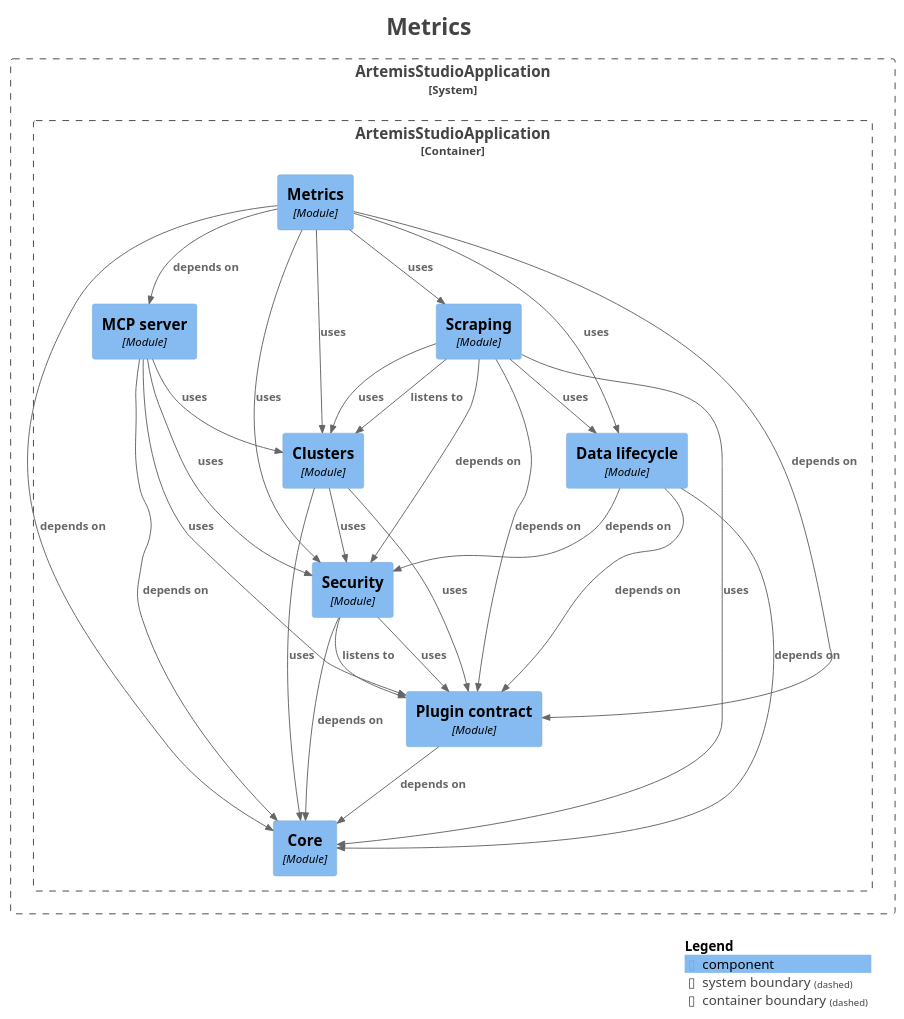
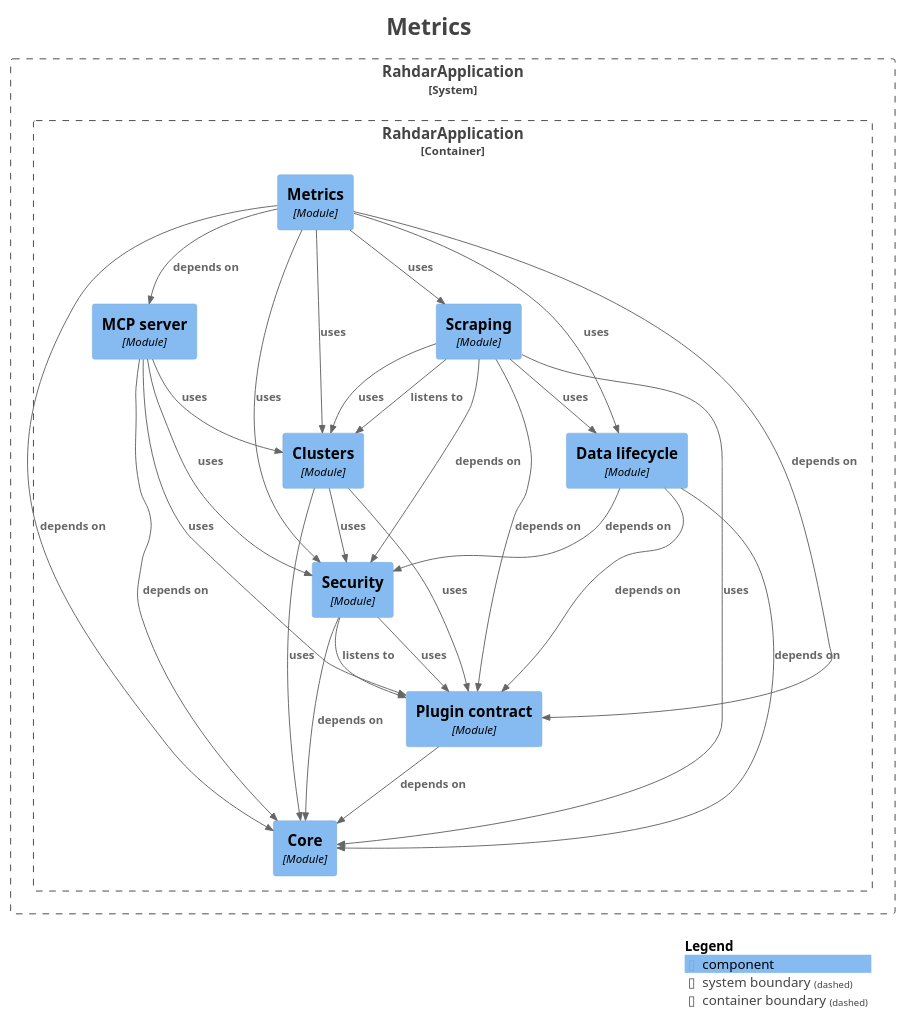
The diagram in docs/modules/module-feature.metrics.puml (sudoitir/artemis-studio), drawn with PlantUML before and after one commit. The commit also changed 4323 other files, not shown here.

```diff
--- a/docs/modules/module-feature.metrics.puml
+++ b/docs/modules/module-feature.metrics.puml
@@ -1,62 +1,62 @@
 @startuml
 title <size:24>Metrics</size>
 
 set separator none
 top to bottom direction
 
 <style>
   root {
     BackgroundColor: #ffffff
     FontColor: #444444
   }
 </style>
 
 !include <C4/C4>
 !include <C4/C4_Context>
 !include <C4/C4_Component>
 
-System_Boundary("ArtemisStudioApplication_boundary", "ArtemisStudioApplication", $tags="") {
-  Container_Boundary("ArtemisStudioApplication.ArtemisStudioApplication_boundary", "ArtemisStudioApplication", $tags="") {
-    Component(ArtemisStudioApplication.ArtemisStudioApplication.Clusters, "Clusters", $techn="Module", $descr="", $tags="", $link="")
-    Component(ArtemisStudioApplication.ArtemisStudioApplication.Core, "Core", $techn="Module", $descr="", $tags="", $link="")
-    Component(ArtemisStudioApplication.ArtemisStudioApplication.Datalifecycle, "Data lifecycle", $techn="Module", $descr="", $tags="", $link="")
-    Component(ArtemisStudioApplication.ArtemisStudioApplication.MCPserver, "MCP server", $techn="Module", $descr="", $tags="", $link="")
-    Component(ArtemisStudioApplication.ArtemisStudioApplication.Metrics, "Metrics", $techn="Module", $descr="", $tags="", $link="")
-    Component(ArtemisStudioApplication.ArtemisStudioApplication.Plugincontract, "Plugin contract", $techn="Module", $descr="", $tags="", $link="")
-    Component(ArtemisStudioApplication.ArtemisStudioApplication.Scraping, "Scraping", $techn="Module", $descr="", $tags="", $link="")
-    Component(ArtemisStudioApplication.ArtemisStudioApplication.Security, "Security", $techn="Module", $descr="", $tags="", $link="")
+System_Boundary("RahdarApplication_boundary", "RahdarApplication", $tags="") {
+  Container_Boundary("RahdarApplication.RahdarApplication_boundary", "RahdarApplication", $tags="") {
+    Component(RahdarApplication.RahdarApplication.Clusters, "Clusters", $techn="Module", $descr="", $tags="", $link="")
+    Component(RahdarApplication.RahdarApplication.Core, "Core", $techn="Module", $descr="", $tags="", $link="")
+    Component(RahdarApplication.RahdarApplication.Datalifecycle, "Data lifecycle", $techn="Module", $descr="", $tags="", $link="")
+    Component(RahdarApplication.RahdarApplication.MCPserver, "MCP server", $techn="Module", $descr="", $tags="", $link="")
+    Component(RahdarApplication.RahdarApplication.Metrics, "Metrics", $techn="Module", $descr="", $tags="", $link="")
+    Component(RahdarApplication.RahdarApplication.Plugincontract, "Plugin contract", $techn="Module", $descr="", $tags="", $link="")
+    Component(RahdarApplication.RahdarApplication.Scraping, "Scraping", $techn="Module", $descr="", $tags="", $link="")
+    Component(RahdarApplication.RahdarApplication.Security, "Security", $techn="Module", $descr="", $tags="", $link="")
   }
 
 }
 
-Rel(ArtemisStudioApplication.ArtemisStudioApplication.Clusters, ArtemisStudioApplication.ArtemisStudioApplication.Core, "uses", $techn="", $tags="", $link="")
-Rel(ArtemisStudioApplication.ArtemisStudioApplication.Clusters, ArtemisStudioApplication.ArtemisStudioApplication.Plugincontract, "uses", $techn="", $tags="", $link="")
-Rel(ArtemisStudioApplication.ArtemisStudioApplication.Clusters, ArtemisStudioApplication.ArtemisStudioApplication.Security, "uses", $techn="", $tags="", $link="")
-Rel(ArtemisStudioApplication.ArtemisStudioApplication.Datalifecycle, ArtemisStudioApplication.ArtemisStudioApplication.Core, "depends on", $techn="", $tags="", $link="")
-Rel(ArtemisStudioApplication.ArtemisStudioApplication.Datalifecycle, ArtemisStudioApplication.ArtemisStudioApplication.Plugincontract, "depends on", $techn="", $tags="", $link="")
-Rel(ArtemisStudioApplication.ArtemisStudioApplication.Datalifecycle, ArtemisStudioApplication.ArtemisStudioApplication.Security, "depends on", $techn="", $tags="", $link="")
-Rel(ArtemisStudioApplication.ArtemisStudioApplication.MCPserver, ArtemisStudioApplication.ArtemisStudioApplication.Clusters, "uses", $techn="", $tags="", $link="")
-Rel(ArtemisStudioApplication.ArtemisStudioApplication.MCPserver, ArtemisStudioApplication.ArtemisStudioApplication.Core, "depends on", $techn="", $tags="", $link="")
-Rel(ArtemisStudioApplication.ArtemisStudioApplication.MCPserver, ArtemisStudioApplication.ArtemisStudioApplication.Plugincontract, "uses", $techn="", $tags="", $link="")
-Rel(ArtemisStudioApplication.ArtemisStudioApplication.MCPserver, ArtemisStudioApplication.ArtemisStudioApplication.Security, "uses", $techn="", $tags="", $link="")
-Rel(ArtemisStudioApplication.ArtemisStudioApplication.Metrics, ArtemisStudioApplication.ArtemisStudioApplication.Clusters, "uses", $techn="", $tags="", $link="")
-Rel(ArtemisStudioApplication.ArtemisStudioApplication.Metrics, ArtemisStudioApplication.ArtemisStudioApplication.Core, "depends on", $techn="", $tags="", $link="")
-Rel(ArtemisStudioApplication.ArtemisStudioApplication.Metrics, ArtemisStudioApplication.ArtemisStudioApplication.Datalifecycle, "uses", $techn="", $tags="", $link="")
-Rel(ArtemisStudioApplication.ArtemisStudioApplication.Metrics, ArtemisStudioApplication.ArtemisStudioApplication.MCPserver, "depends on", $techn="", $tags="", $link="")
-Rel(ArtemisStudioApplication.ArtemisStudioApplication.Metrics, ArtemisStudioApplication.ArtemisStudioApplication.Plugincontract, "depends on", $techn="", $tags="", $link="")
-Rel(ArtemisStudioApplication.ArtemisStudioApplication.Metrics, ArtemisStudioApplication.ArtemisStudioApplication.Scraping, "uses", $techn="", $tags="", $link="")
-Rel(ArtemisStudioApplication.ArtemisStudioApplication.Metrics, ArtemisStudioApplication.ArtemisStudioApplication.Security, "uses", $techn="", $tags="", $link="")
-Rel(ArtemisStudioApplication.ArtemisStudioApplication.Plugincontract, ArtemisStudioApplication.ArtemisStudioApplication.Core, "depends on", $techn="", $tags="", $link="")
-Rel(ArtemisStudioApplication.ArtemisStudioApplication.Scraping, ArtemisStudioApplication.ArtemisStudioApplication.Clusters, "listens to", $techn="", $tags="", $link="")
-Rel(ArtemisStudioApplication.ArtemisStudioApplication.Scraping, ArtemisStudioApplication.ArtemisStudioApplication.Clusters, "uses", $techn="", $tags="", $link="")
-Rel(ArtemisStudioApplication.ArtemisStudioApplication.Scraping, ArtemisStudioApplication.ArtemisStudioApplication.Core, "uses", $techn="", $tags="", $link="")
-Rel(ArtemisStudioApplication.ArtemisStudioApplication.Scraping, ArtemisStudioApplication.ArtemisStudioApplication.Datalifecycle, "uses", $techn="", $tags="", $link="")
-Rel(ArtemisStudioApplication.ArtemisStudioApplication.Scraping, ArtemisStudioApplication.ArtemisStudioApplication.Plugincontract, "depends on", $techn="", $tags="", $link="")
-Rel(ArtemisStudioApplication.ArtemisStudioApplication.Scraping, ArtemisStudioApplication.ArtemisStudioApplication.Security, "depends on", $techn="", $tags="", $link="")
-Rel(ArtemisStudioApplication.ArtemisStudioApplication.Security, ArtemisStudioApplication.ArtemisStudioApplication.Core, "depends on", $techn="", $tags="", $link="")
-Rel(ArtemisStudioApplication.ArtemisStudioApplication.Security, ArtemisStudioApplication.ArtemisStudioApplication.Plugincontract, "listens to", $techn="", $tags="", $link="")
-Rel(ArtemisStudioApplication.ArtemisStudioApplication.Security, ArtemisStudioApplication.ArtemisStudioApplication.Plugincontract, "uses", $techn="", $tags="", $link="")
+Rel(RahdarApplication.RahdarApplication.Clusters, RahdarApplication.RahdarApplication.Core, "uses", $techn="", $tags="", $link="")
+Rel(RahdarApplication.RahdarApplication.Clusters, RahdarApplication.RahdarApplication.Plugincontract, "uses", $techn="", $tags="", $link="")
+Rel(RahdarApplication.RahdarApplication.Clusters, RahdarApplication.RahdarApplication.Security, "uses", $techn="", $tags="", $link="")
+Rel(RahdarApplication.RahdarApplication.Datalifecycle, RahdarApplication.RahdarApplication.Core, "depends on", $techn="", $tags="", $link="")
+Rel(RahdarApplication.RahdarApplication.Datalifecycle, RahdarApplication.RahdarApplication.Plugincontract, "depends on", $techn="", $tags="", $link="")
+Rel(RahdarApplication.RahdarApplication.Datalifecycle, RahdarApplication.RahdarApplication.Security, "depends on", $techn="", $tags="", $link="")
+Rel(RahdarApplication.RahdarApplication.MCPserver, RahdarApplication.RahdarApplication.Clusters, "uses", $techn="", $tags="", $link="")
+Rel(RahdarApplication.RahdarApplication.MCPserver, RahdarApplication.RahdarApplication.Core, "depends on", $techn="", $tags="", $link="")
+Rel(RahdarApplication.RahdarApplication.MCPserver, RahdarApplication.RahdarApplication.Plugincontract, "uses", $techn="", $tags="", $link="")
+Rel(RahdarApplication.RahdarApplication.MCPserver, RahdarApplication.RahdarApplication.Security, "uses", $techn="", $tags="", $link="")
+Rel(RahdarApplication.RahdarApplication.Metrics, RahdarApplication.RahdarApplication.Clusters, "uses", $techn="", $tags="", $link="")
+Rel(RahdarApplication.RahdarApplication.Metrics, RahdarApplication.RahdarApplication.Core, "depends on", $techn="", $tags="", $link="")
+Rel(RahdarApplication.RahdarApplication.Metrics, RahdarApplication.RahdarApplication.Datalifecycle, "uses", $techn="", $tags="", $link="")
+Rel(RahdarApplication.RahdarApplication.Metrics, RahdarApplication.RahdarApplication.MCPserver, "depends on", $techn="", $tags="", $link="")
+Rel(RahdarApplication.RahdarApplication.Metrics, RahdarApplication.RahdarApplication.Plugincontract, "depends on", $techn="", $tags="", $link="")
+Rel(RahdarApplication.RahdarApplication.Metrics, RahdarApplication.RahdarApplication.Scraping, "uses", $techn="", $tags="", $link="")
+Rel(RahdarApplication.RahdarApplication.Metrics, RahdarApplication.RahdarApplication.Security, "uses", $techn="", $tags="", $link="")
+Rel(RahdarApplication.RahdarApplication.Plugincontract, RahdarApplication.RahdarApplication.Core, "depends on", $techn="", $tags="", $link="")
+Rel(RahdarApplication.RahdarApplication.Scraping, RahdarApplication.RahdarApplication.Clusters, "listens to", $techn="", $tags="", $link="")
+Rel(RahdarApplication.RahdarApplication.Scraping, RahdarApplication.RahdarApplication.Clusters, "uses", $techn="", $tags="", $link="")
+Rel(RahdarApplication.RahdarApplication.Scraping, RahdarApplication.RahdarApplication.Core, "uses", $techn="", $tags="", $link="")
+Rel(RahdarApplication.RahdarApplication.Scraping, RahdarApplication.RahdarApplication.Datalifecycle, "uses", $techn="", $tags="", $link="")
+Rel(RahdarApplication.RahdarApplication.Scraping, RahdarApplication.RahdarApplication.Plugincontract, "depends on", $techn="", $tags="", $link="")
+Rel(RahdarApplication.RahdarApplication.Scraping, RahdarApplication.RahdarApplication.Security, "depends on", $techn="", $tags="", $link="")
+Rel(RahdarApplication.RahdarApplication.Security, RahdarApplication.RahdarApplication.Core, "depends on", $techn="", $tags="", $link="")
+Rel(RahdarApplication.RahdarApplication.Security, RahdarApplication.RahdarApplication.Plugincontract, "listens to", $techn="", $tags="", $link="")
+Rel(RahdarApplication.RahdarApplication.Security, RahdarApplication.RahdarApplication.Plugincontract, "uses", $techn="", $tags="", $link="")
 
 SHOW_LEGEND(true)
 hide stereotypes
 @enduml
```
